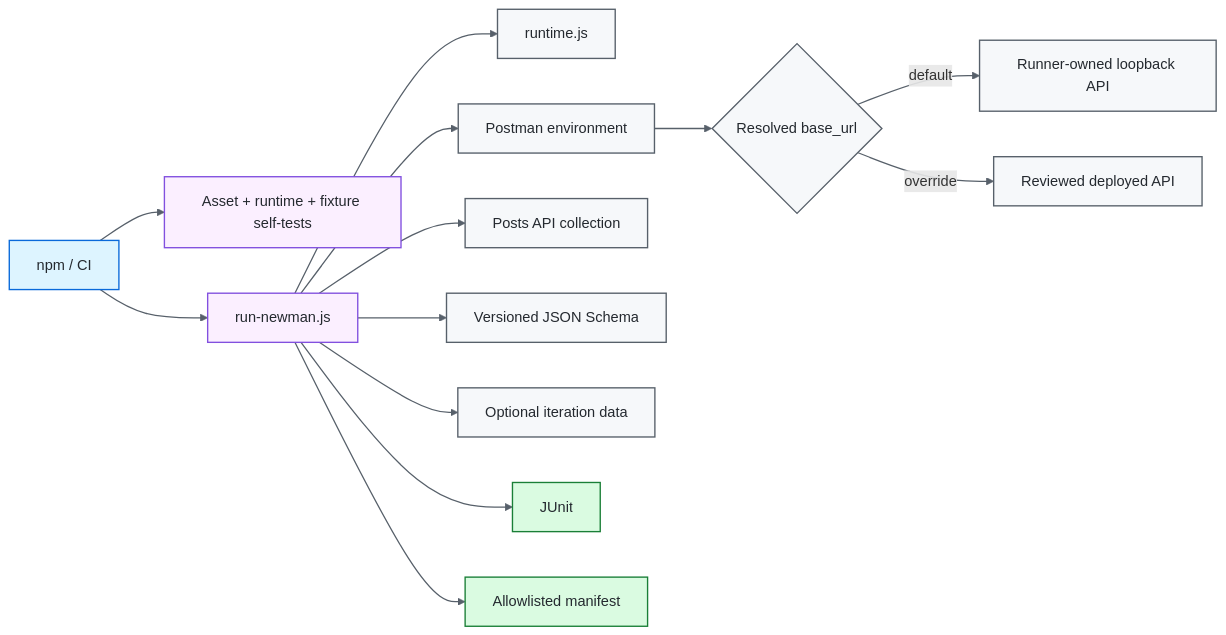
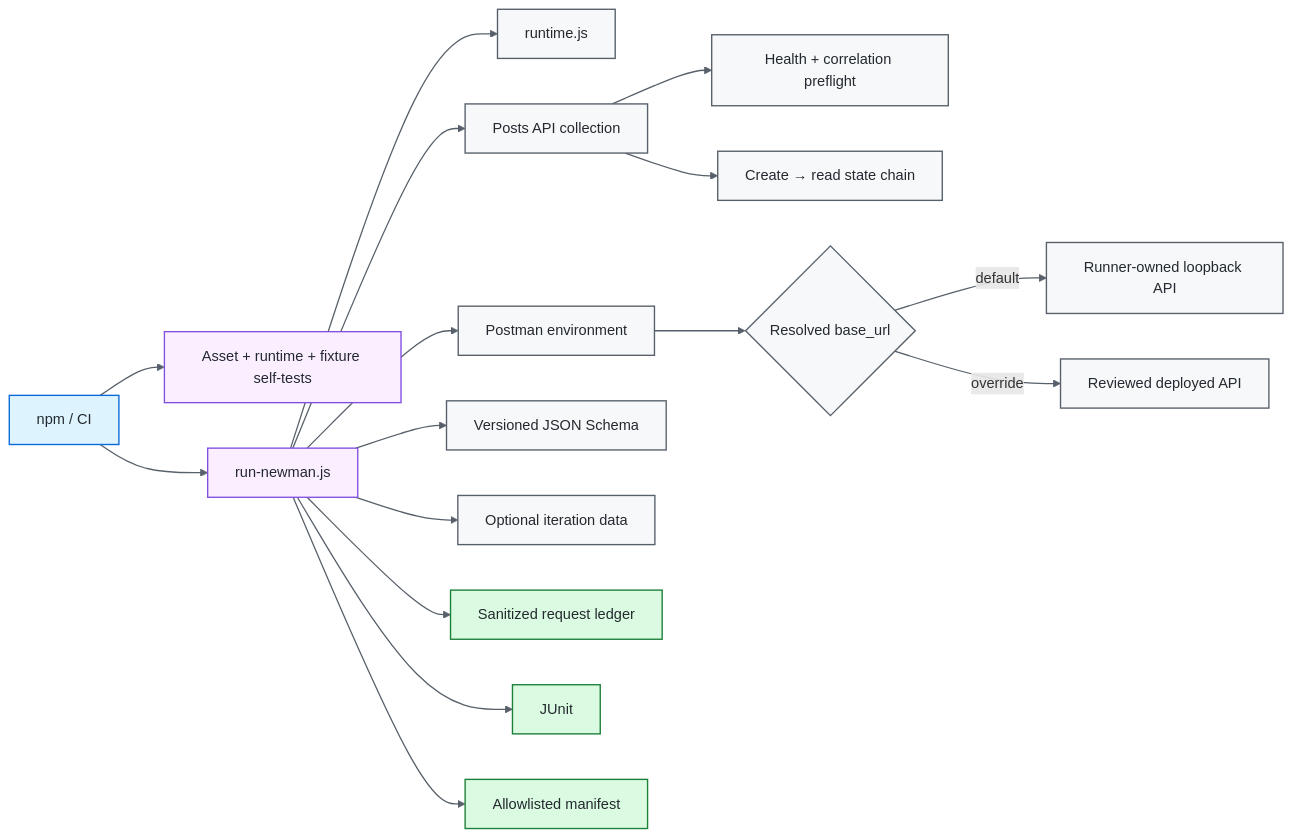
The diagram in README.md (portyu9/qa-automation-api-postman-newman), drawn with Mermaid before and after one commit. The commit also changed other lines of this file, not shown here.

````diff
--- a/README.md
+++ b/README.md
@@ -37,25 +39,28 @@
 ```mermaid
 flowchart LR
     CLI[npm / CI] --> VALIDATE[Asset + runtime + fixture self-tests]
     CLI --> RUN[run-newman.js]
     RUN --> POLICY[runtime.js]
     RUN --> ENV[Postman environment]
     RUN --> COL[Posts API collection]
     RUN --> SCHEMA[Versioned JSON Schema]
     RUN --> DATA[Optional iteration data]
+    COL --> PREFLIGHT[Health + correlation preflight]
+    COL --> STATE[Create → read state chain]
     ENV --> TARGET{Resolved base_url}
     TARGET -->|default| LOCAL[Runner-owned loopback API]
     TARGET -->|override| EXT[Reviewed deployed API]
+    RUN --> LEDGER[Sanitized request ledger]
     RUN --> JUNIT[JUnit]
     RUN --> MAN[Allowlisted manifest]
 
     classDef entry fill:#ddf4ff,stroke:#0969da,color:#24292f,stroke-width:1.5px;
     classDef core fill:#f6f8fa,stroke:#57606a,color:#24292f,stroke-width:1.5px;
     classDef gate fill:#fbefff,stroke:#8250df,color:#24292f,stroke-width:1.5px;
     classDef evidence fill:#dafbe1,stroke:#1a7f37,color:#24292f,stroke-width:1.5px;
     class CLI entry;
-    class POLICY,ENV,COL,SCHEMA,DATA,TARGET,LOCAL,EXT core;
+    class POLICY,ENV,COL,SCHEMA,DATA,PREFLIGHT,STATE,TARGET,LOCAL,EXT core;
     class VALIDATE,RUN gate;
-    class JUNIT,MAN evidence;
+    class LEDGER,JUNIT,MAN evidence;
     linkStyle default stroke:#57606a,stroke-width:1.4px;
 ```
````
